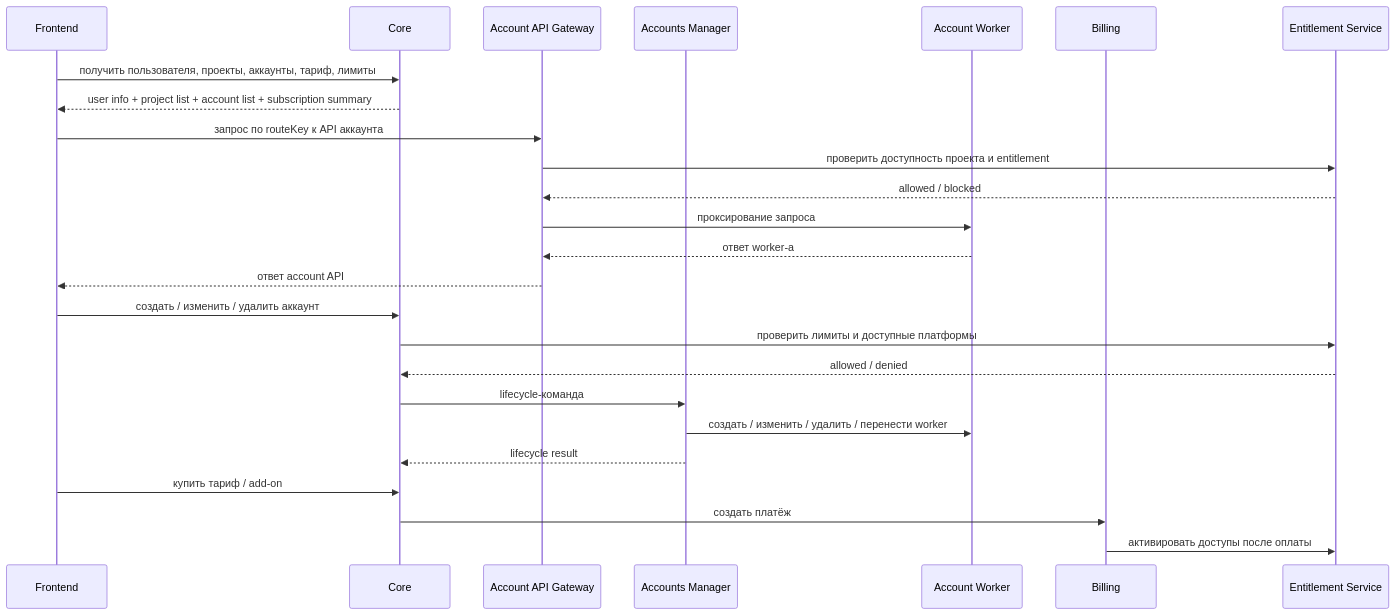
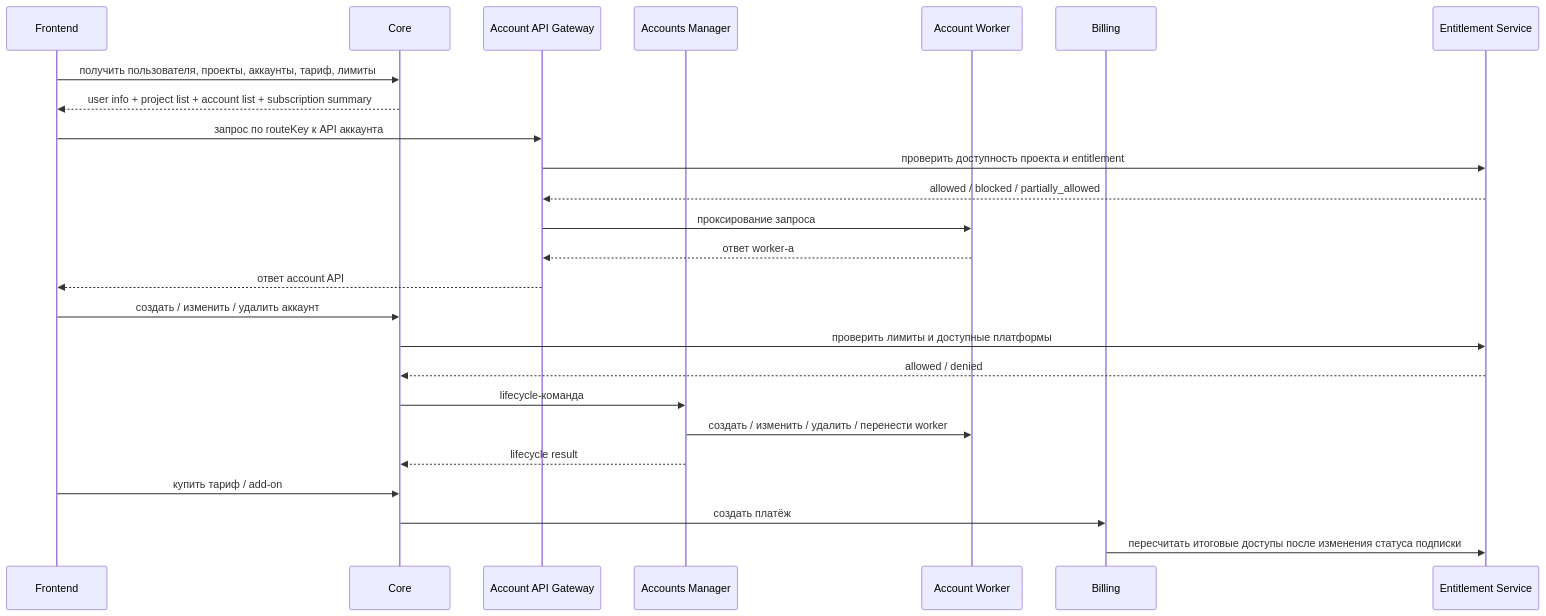
The second of 2 diagrams in docs/architecture_draft/00-overview.md (yakoodev/DigitalDealsCRM), drawn with Mermaid before and after one commit. The commit also changed other lines of this file and 34 other files, not shown here.

Commit message:
docs: consolidate architecture package and add OpenAPI governance

````diff
--- a/docs/architecture_draft/00-overview.md
+++ b/docs/architecture_draft/00-overview.md
@@ -143,31 +154,31 @@
 ```mermaid
 sequenceDiagram
     participant FE as Frontend
     participant CORE as Core
     participant GATE as Account API Gateway
     participant AM as Accounts Manager
     participant W as Account Worker
     participant BILL as Billing
     participant ENT as Entitlement Service
 
     FE->>CORE: получить пользователя, проекты, аккаунты, тариф, лимиты
     CORE-->>FE: user info + project list + account list + subscription summary
 
     FE->>GATE: запрос по routeKey к API аккаунта
     GATE->>ENT: проверить доступность проекта и entitlement
-    ENT-->>GATE: allowed / blocked
+    ENT-->>GATE: allowed / blocked / partially_allowed
     GATE->>W: проксирование запроса
     W-->>GATE: ответ worker-а
     GATE-->>FE: ответ account API
 
     FE->>CORE: создать / изменить / удалить аккаунт
     CORE->>ENT: проверить лимиты и доступные платформы
     ENT-->>CORE: allowed / denied
     CORE->>AM: lifecycle-команда
     AM->>W: создать / изменить / удалить / перенести worker
     AM-->>CORE: lifecycle result
 
     FE->>CORE: купить тариф / add-on
     CORE->>BILL: создать платёж
-    BILL->>ENT: активировать доступы после оплаты
+    BILL->>ENT: пересчитать итоговые доступы после изменения статуса подписки
 ```
````
